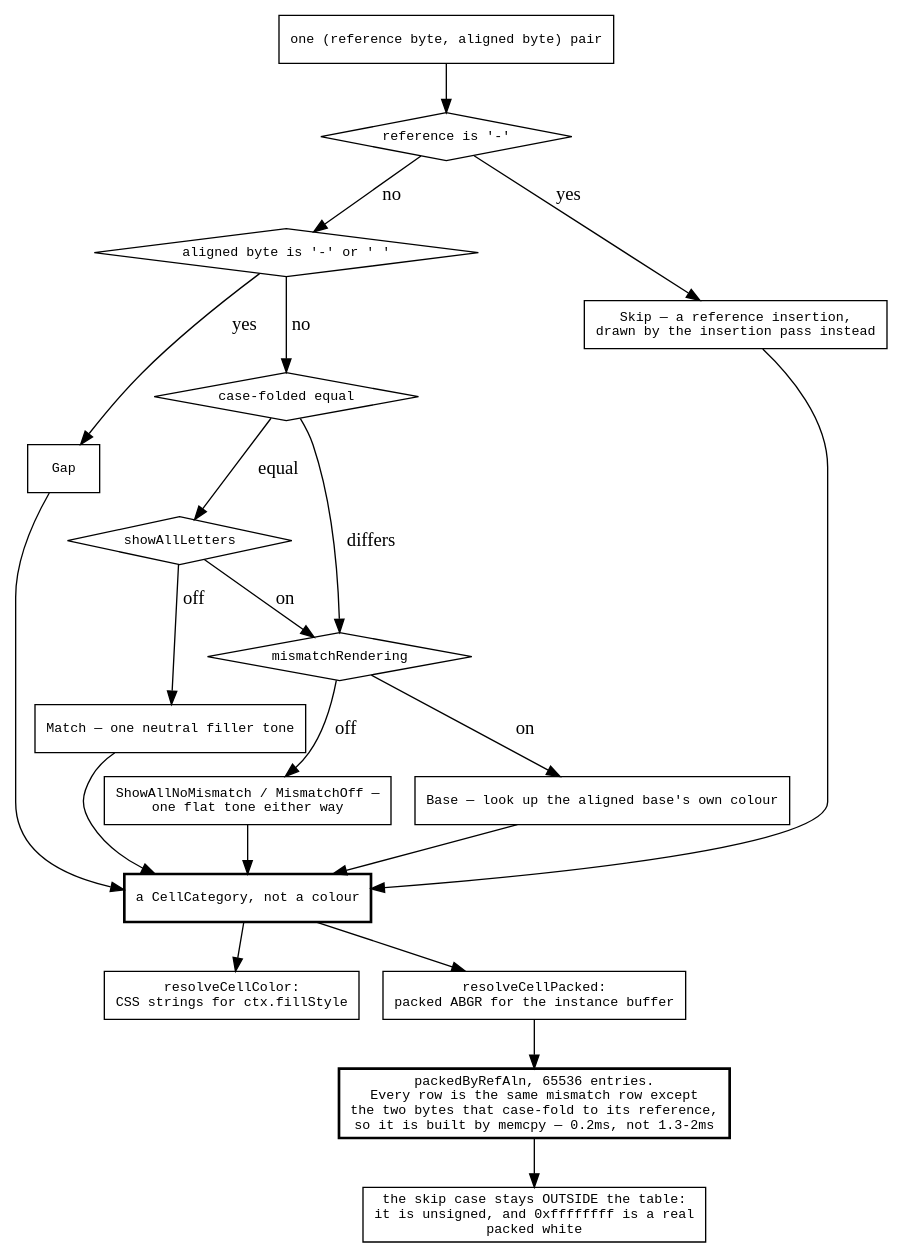
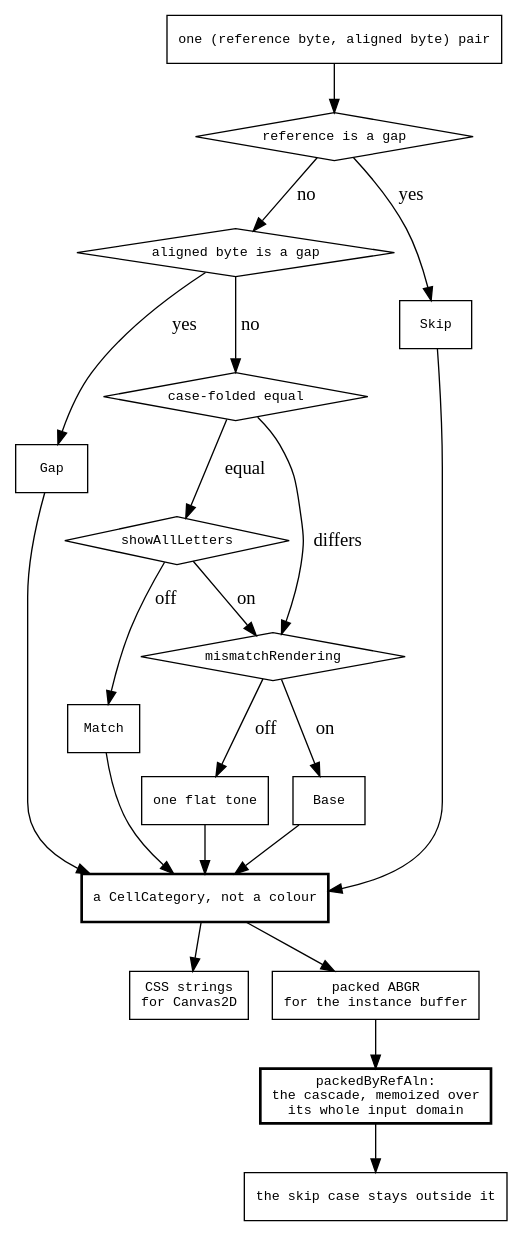
Before and after one commit to GMOD/jbrowse-components: the diagram in agent-docs/mechanisms/diagrams/maf-cell-colour.dot, drawn with Graphviz. The commit also changed 16 other files, not shown here.

```diff
--- a/agent-docs/mechanisms/diagrams/maf-cell-colour.dot
+++ b/agent-docs/mechanisms/diagrams/maf-cell-colour.dot
@@ -1,45 +1,44 @@
 digraph maf_cell_colour {
   rankdir=TB
   node [shape=box fontname=monospace fontsize=10]
   { node [shape=diamond] refDash; alnGap; match; showAll; mismatchOn }
 
   cell [label="one (reference byte, aligned byte) pair"]
-  refDash [label="reference is '-'"]
+  refDash [label="reference is a gap"]
   cell -> refDash
   refDash -> skip [label=" yes"]
-  skip [label="Skip — a reference insertion,\ndrawn by the insertion pass instead"]
+  skip [label="Skip"]
 
-  alnGap [label="aligned byte is '-' or ' '"]
+  alnGap [label="aligned byte is a gap"]
   refDash -> alnGap [label=" no"]
   alnGap -> gap [label=" yes"]
   gap [label="Gap"]
 
   match [label="case-folded equal"]
   alnGap -> match [label=" no"]
   showAll [label="showAllLetters"]
   match -> showAll [label=" equal"]
   showAll -> matchCat [label=" off"]
-  matchCat [label="Match — one neutral filler tone"]
+  matchCat [label="Match"]
 
   mismatchOn [label="mismatchRendering"]
   showAll -> mismatchOn [label=" on"]
   match -> mismatchOn [label=" differs"]
   mismatchOn -> baseCat [label=" on"]
   mismatchOn -> flat    [label=" off"]
-  baseCat [label="Base — look up the aligned base's own colour"]
-  flat [label="ShowAllNoMismatch / MismatchOff —\none flat tone either way"]
+  baseCat [label="Base"]
+  flat [label="one flat tone"]
 
   category [label="a CellCategory, not a colour", style=bold]
   skip -> category  gap -> category  matchCat -> category
   baseCat -> category  flat -> category
 
-  css [label="resolveCellColor:\nCSS strings for ctx.fillStyle"]
-  packed [label="resolveCellPacked:\npacked ABGR for the instance buffer"]
+  css [label="CSS strings\nfor Canvas2D"]
+  packed [label="packed ABGR\nfor the instance buffer"]
   category -> css  category -> packed
 
-  table [label="packedByRefAln, 65536 entries.\nEvery row is the same mismatch row except\nthe two bytes that case-fold to its reference,\nso it is built by memcpy — 0.2ms, not 1.3-2ms", style=bold]
+  table [label="packedByRefAln:\nthe cascade, memoized over\nits whole input domain", style=bold]
   packed -> table
-
-  sentinel [label="the skip case stays OUTSIDE the table:\nit is unsigned, and 0xffffffff is a real\npacked white"]
+  sentinel [label="the skip case stays outside it"]
   table -> sentinel
 }
```
